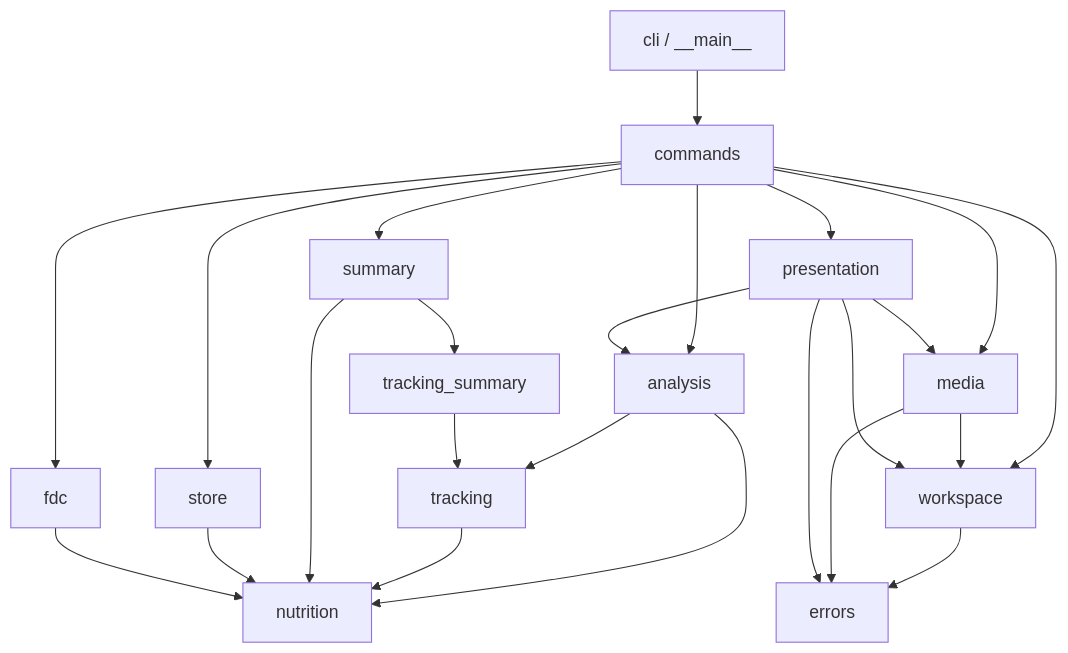
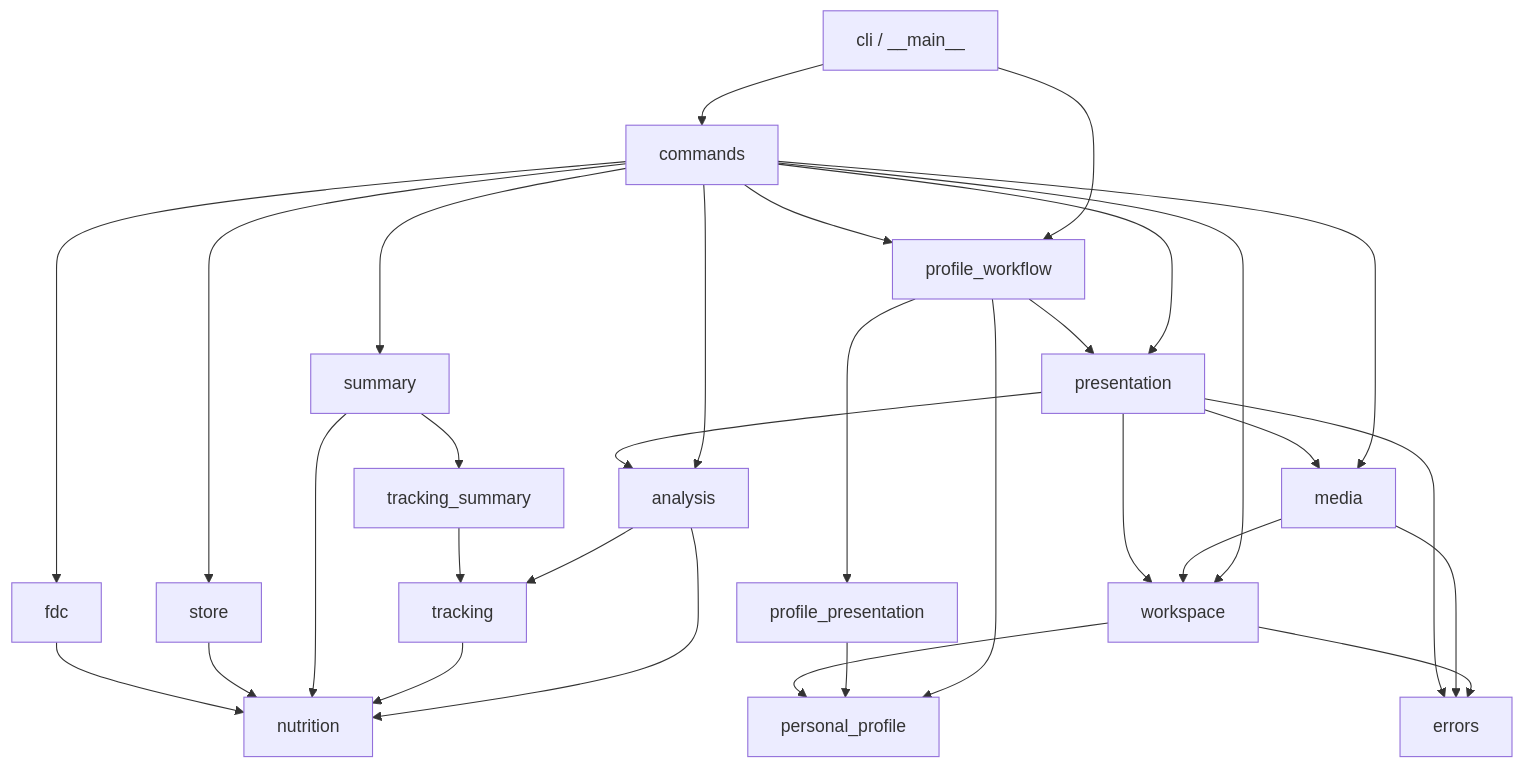
The first of 2 diagrams in docs/architecture.md (imathwy/health), drawn with Mermaid before and after one commit. The commit also changed other lines of this file and 26 other files, not shown here.

Commit message:
Add private personal profile pipeline

````diff
--- a/docs/architecture.md
+++ b/docs/architecture.md
@@ -35,26 +37,33 @@
 ```mermaid
 flowchart TD
     CLI[cli / __main__] --> APP[commands]
+    CLI --> PROFILEAPP[profile_workflow]
     APP --> ANALYSIS[analysis]
+    APP --> PROFILEAPP
+    PROFILEAPP --> PROFILE[personal_profile]
     APP --> SUMMARY[summary]
     APP --> WORKSPACE[workspace]
     APP --> MEDIA[media]
     APP --> PRESENTATION[presentation]
+    PROFILEAPP --> PROFILEVIEW[profile_presentation]
+    PROFILEAPP --> PRESENTATION
     APP --> STORE[store]
     APP --> FDC[fdc]
     ANALYSIS --> NUTRITION[nutrition]
     ANALYSIS --> TRACKING[tracking]
     TRACKING --> NUTRITION
     SUMMARY --> NUTRITION
     SUMMARY --> TRACKING_SUMMARY[tracking_summary]
     TRACKING_SUMMARY --> TRACKING
     STORE --> NUTRITION
     FDC --> NUTRITION
     MEDIA --> WORKSPACE
     PRESENTATION --> ANALYSIS
     PRESENTATION --> MEDIA
     PRESENTATION --> WORKSPACE
+    PROFILEVIEW --> PROFILE
+    WORKSPACE --> PROFILE
     WORKSPACE --> ERRORS[errors]
     MEDIA --> ERRORS
     PRESENTATION --> ERRORS
 ```
````
